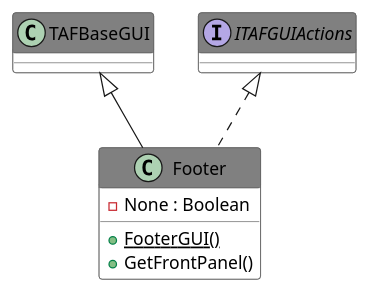
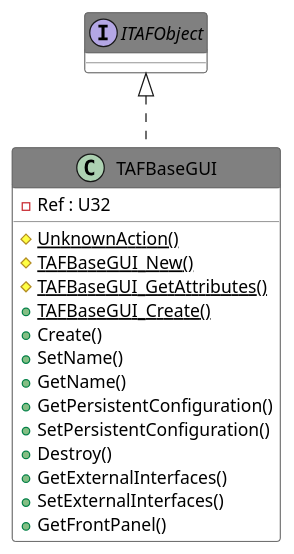
One commit to PatriekBruins/TriekselsoftApplicationFramework changed the diagram in Source/Antidoc-Output/Includes/033.adoc. Above: the diagram before and after it, drawn with PlantUML. The commit also changed other lines of this file and 692 other files, not shown here.

```diff
--- a/Source/Antidoc-Output/Includes/033.adoc
+++ b/Source/Antidoc-Output/Includes/033.adoc
@@ -8,25 +8,35 @@
 [plantuml, format="svg", align="center"]
 ....
 @startuml
 set namespaceSeparator :
 skinparam ClassBackgroundColor #FFFFFF
 skinparam ClassBorderColor #555555
 skinparam ClassFontColor #000000
 skinparam ClassHeaderBackgroundColor #808080
 
 skinparam top to bottom direction
-class "Footer" {
-{field} -None : Boolean
-{static} {method} +FooterGUI()
+class "TAFBaseGUI" {
+{field} -Ref : U32
+{static} {method} #UnknownAction()
+{static} {method} #TAFBaseGUI_New()
+{static} {method} #TAFBaseGUI_GetAttributes()
+{static} {method} +TAFBaseGUI_Create()
+{method} +Create()
+{method} +SetName()
+{method} +GetName()
+{method} +GetPersistentConfiguration()
+{method} +SetPersistentConfiguration()
+{method} +Destroy()
+{method} +GetExternalInterfaces()
+{method} +SetExternalInterfaces()
 {method} +GetFrontPanel()
 
 }
-"TAFBaseGUI" <|-- "Footer"
-"ITAFGUIActions" <|.. "Footer"
-interface "ITAFGUIActions" {}
+"ITAFObject" <|.. "TAFBaseGUI"
+interface "ITAFObject" {}
 
 
 
 
 @enduml
 ....
```
